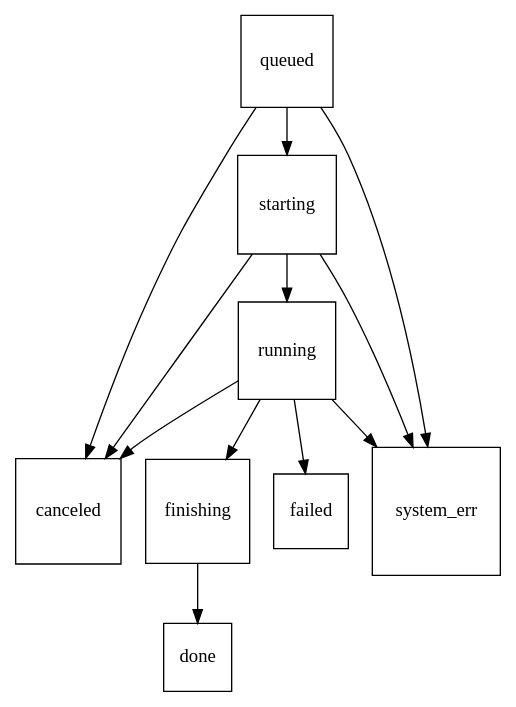
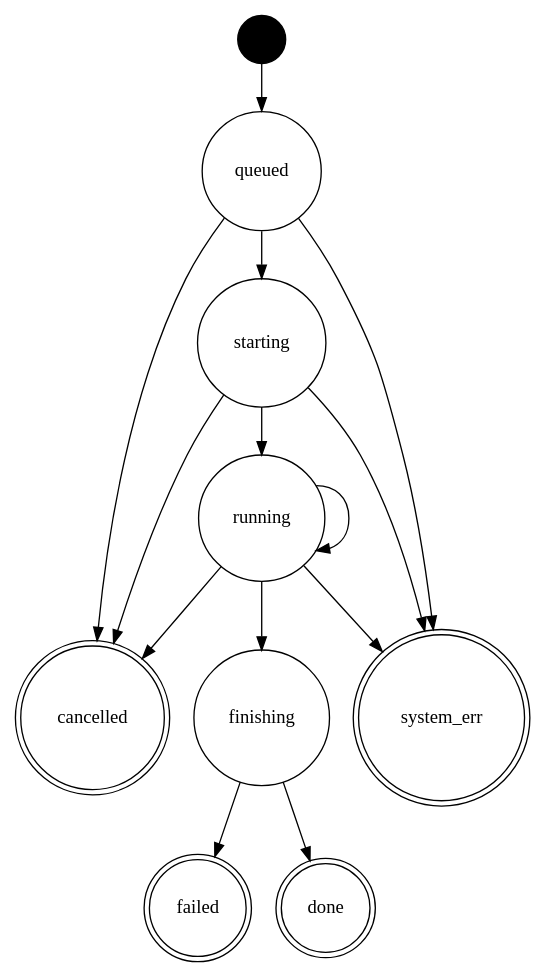
The diagram in lib/state_machine/state_machine.dot (orbitalci/orbital), drawn with Graphviz before and after one commit. The commit also changed 6 other files, not shown here.

```diff
--- a/lib/state_machine/state_machine.dot
+++ b/lib/state_machine/state_machine.dot
@@ -1,26 +1,27 @@
 digraph G {
-    /* Entities */
-    queued [shape="square"]
-    starting [shape="square"]
-    running [shape="square"]
-    finishing [shape="square"]
-    canceled [shape="square"]
-    system_err [shape="square"]
-    failed [shape="square"]
-    done [shape="square"]
+    /* Nodes */
+    start [label="", style=filled, fillcolor="black", shape="circle"]
+    queued [shape="circle"]
+    starting [shape="circle"]
+    running [shape="circle"]
+    finishing [shape="circle"]
+    cancelled [shape="circle", peripheries=2]
+    system_err [shape="circle", peripheries=2]
+    failed [shape="circle", peripheries=2]
+    done [shape="circle", peripheries=2]
  
-    
     /* Relationships */
-    queued -> canceled
+    start -> queued
+    queued -> cancelled
     queued -> system_err
     queued -> starting
-    starting -> canceled
+    starting -> cancelled
     starting -> system_err
     starting -> running
-    running -> canceled 
+    running -> running
+    running -> cancelled 
     running -> system_err 
-    running -> failed
     running -> finishing
+    finishing -> failed 
     finishing -> done
-
 }
```
